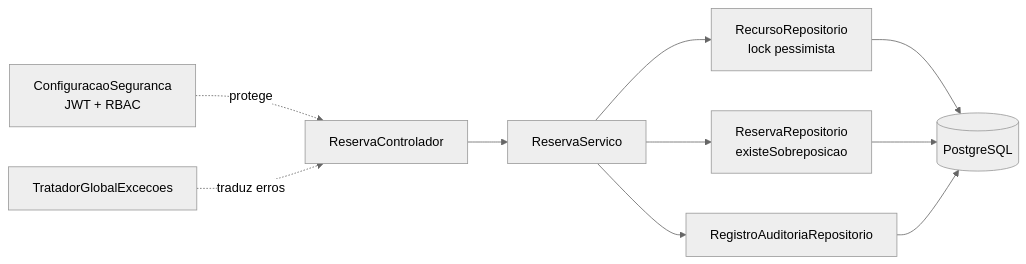
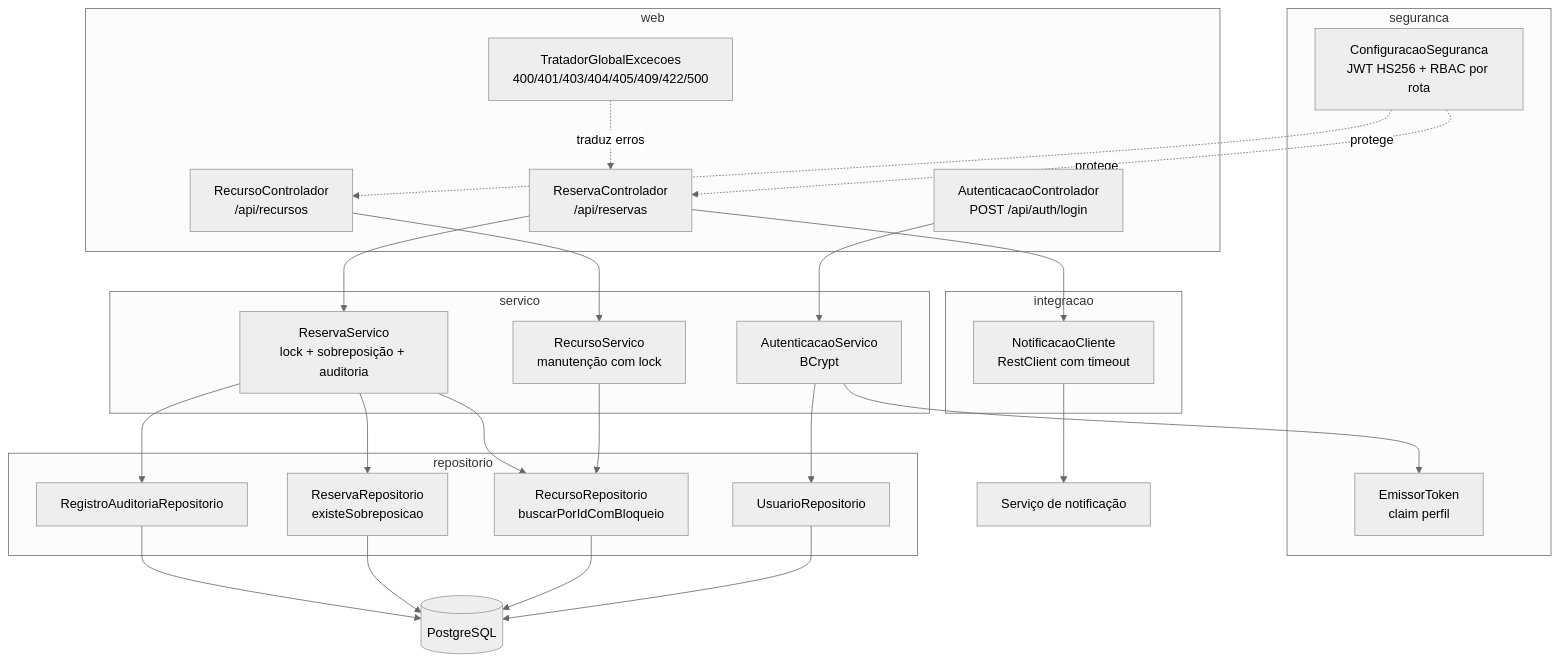
The third of 7 diagrams in docs/diagramas/arquitetura.md (adsouza04/organizacao-recursos), drawn with Mermaid (neutral theme) before and after one commit. The commit also changed other lines of this file and 2 other files, not shown here.

Commit message:
docs: diagramas C4 e de sequência, registro de defeitos e plano de testes

````diff
--- a/docs/diagramas/arquitetura.md
+++ b/docs/diagramas/arquitetura.md
@@ -21,12 +36,45 @@
 ```mermaid
-flowchart LR
-  C[ReservaControlador] --> S[ReservaServico]
-  S --> RR[RecursoRepositorio<br/>lock pessimista]
-  S --> VR[ReservaRepositorio<br/>existeSobreposicao]
-  S --> AR[RegistroAuditoriaRepositorio]
-  SEG[ConfiguracaoSeguranca<br/>JWT + RBAC] -.protege.-> C
-  TE[TratadorGlobalExcecoes] -.traduz erros.-> C
-  RR --> BD[(PostgreSQL)]
+flowchart TB
+  subgraph web
+    AC[AutenticacaoControlador<br/>POST /api/auth/login]
+    RC[ReservaControlador<br/>/api/reservas]
+    RCO[RecursoControlador<br/>/api/recursos]
+    TE[TratadorGlobalExcecoes<br/>400/401/403/404/405/409/422/500]
+  end
+  subgraph seguranca
+    SEG[ConfiguracaoSeguranca<br/>JWT HS256 + RBAC por rota]
+    ET[EmissorToken<br/>claim perfil]
+  end
+  subgraph servico
+    AS[AutenticacaoServico<br/>BCrypt]
+    RS[ReservaServico<br/>lock + sobreposição + auditoria]
+    RES[RecursoServico<br/>manutenção com lock]
+  end
+  subgraph integracao
+    NC[NotificacaoCliente<br/>RestClient com timeout]
+  end
+  subgraph repositorio
+    UR[UsuarioRepositorio]
+    RR[RecursoRepositorio<br/>buscarPorIdComBloqueio]
+    VR[ReservaRepositorio<br/>existeSobreposicao]
+    AR[RegistroAuditoriaRepositorio]
+  end
+  SEG -.protege.-> RC
+  SEG -.protege.-> RCO
+  TE -.traduz erros.-> RC
+  AC --> AS
+  AS --> UR
+  AS --> ET
+  RC --> RS
+  RC --> NC
+  RCO --> RES
+  RES --> RR
+  RS --> RR
+  RS --> VR
+  RS --> AR
+  UR --> BD[(PostgreSQL)]
+  RR --> BD
   VR --> BD
   AR --> BD
+  NC --> EXT[Serviço de notificação]
 ```
````
